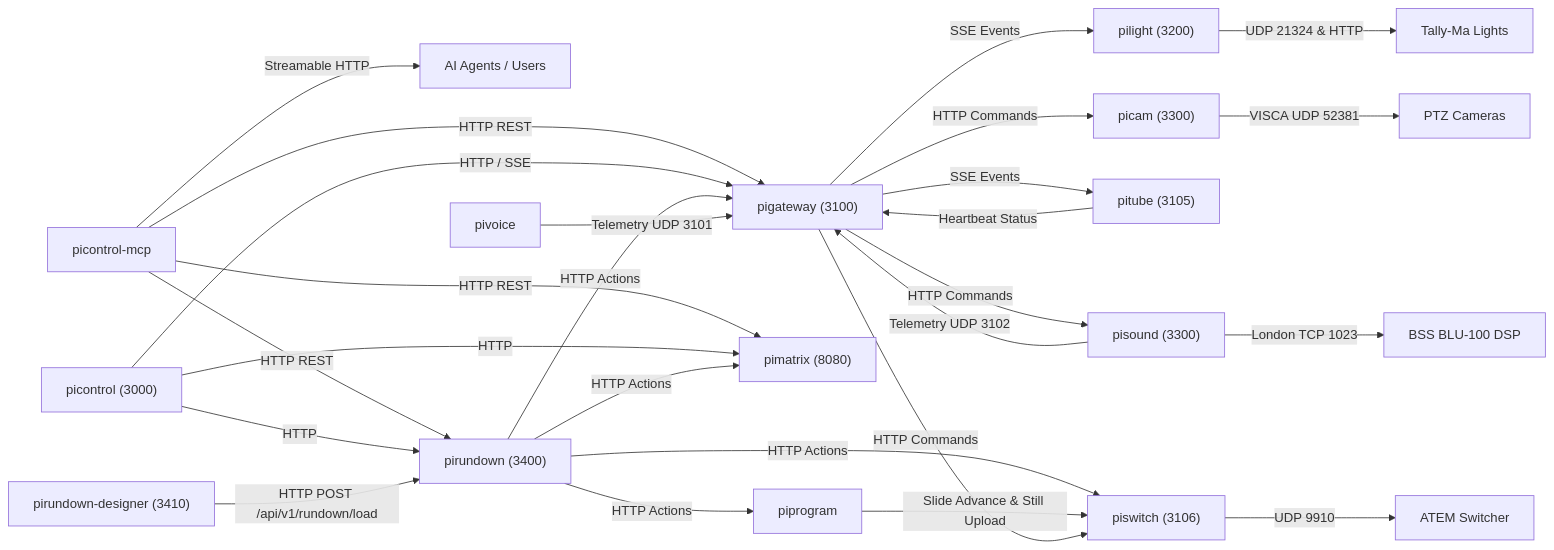
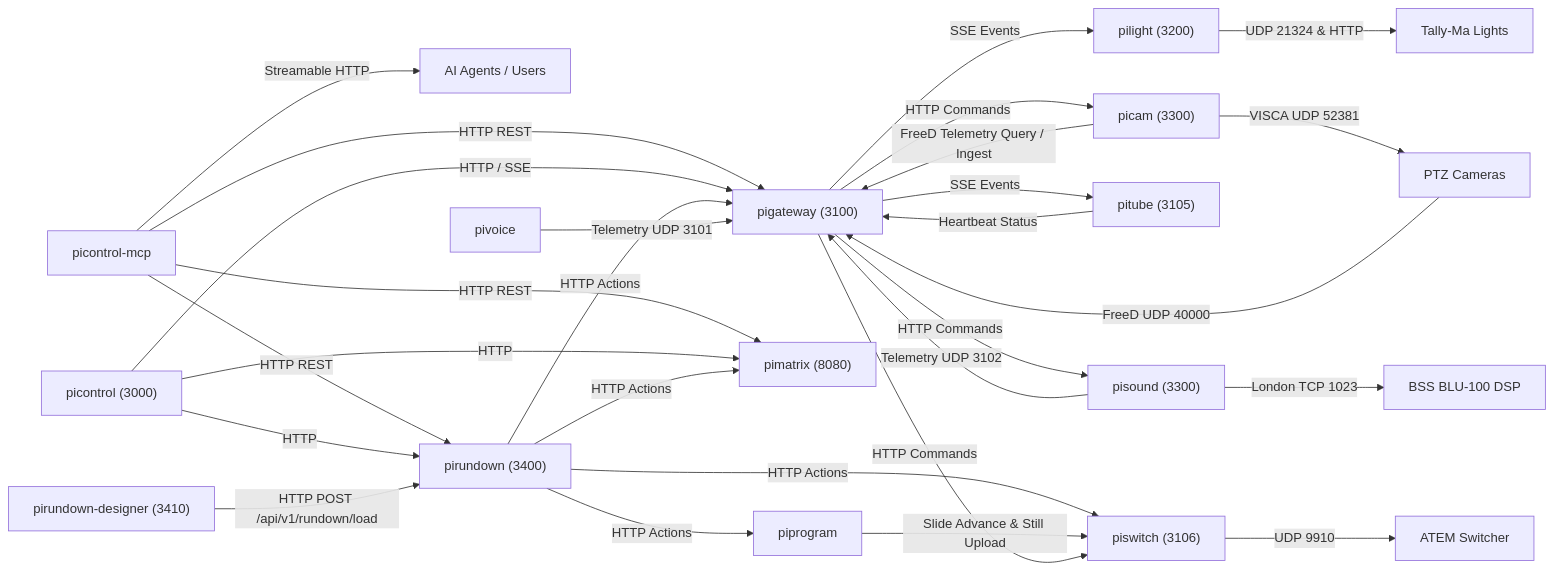
The diagram in docs/inter-service-matrix.md (jsilvanus/piecosystem), drawn with Mermaid before and after one commit. The commit also changed other lines of this file and 5 other files, not shown here.

Commit message:
docs: document picam enriched presets and FreeD settling integration

````diff
--- a/docs/inter-service-matrix.md
+++ b/docs/inter-service-matrix.md
@@ -50,35 +51,38 @@
 ```mermaid
 graph LR
     MCP["picontrol-mcp"] -->|Streamable HTTP| OPERATOR["AI Agents / Users"]
     MCP -->|HTTP REST| PIGATEWAY["pigateway (3100)"]
     MCP -->|HTTP REST| PIRUNDOWN["pirundown (3400)"]
     MCP -->|HTTP REST| PIMATRIX["pimatrix (8080)"]
 
     PICONTROL["picontrol (3000)"] -->|HTTP / SSE| PIGATEWAY
     PICONTROL -->|HTTP| PIRUNDOWN
     PICONTROL -->|HTTP| PIMATRIX
 
     DESIGNER["pirundown-designer (3410)"] -->|HTTP POST /api/v1/rundown/load| PIRUNDOWN
 
     PIRUNDOWN -->|HTTP Actions| PIGATEWAY
     PIRUNDOWN -->|HTTP Actions| PIMATRIX
     PIRUNDOWN -->|HTTP Actions| PISWITCH["piswitch (3106)"]
     PIRUNDOWN -->|HTTP Actions| PIPROGRAM["piprogram"]
 
     PIPROGRAM -->|Slide Advance & Still Upload| PISWITCH
 
     PIGATEWAY -->|SSE Events| PILIGHT["pilight (3200)"]
     PIGATEWAY -->|SSE Events| PITUBE["pitube (3105)"]
     PIGATEWAY -->|HTTP Commands| PICAM["picam (3300)"]
     PIGATEWAY -->|HTTP Commands| PISOUND["pisound (3300)"]
     PIGATEWAY -->|HTTP Commands| PISWITCH
 
+    PICAM -->|FreeD Telemetry Query / Ingest| PIGATEWAY
+    CAMS["PTZ Cameras"] -->|FreeD UDP 40000| PIGATEWAY
+
     PITUBE -->|Heartbeat Status| PIGATEWAY
     PIVOICE["pivoice"] -->|Telemetry UDP 3101| PIGATEWAY
     PISOUND -->|Telemetry UDP 3102| PIGATEWAY
 
     PICAM -->|VISCA UDP 52381| CAMS["PTZ Cameras"]
     PISOUND -->|London TCP 1023| BSS["BSS BLU-100 DSP"]
     PISWITCH -->|UDP 9910| ATEM["ATEM Switcher"]
     PILIGHT -->|UDP 21324 & HTTP| TALLIES["Tally-Ma Lights"]
 ```
````
